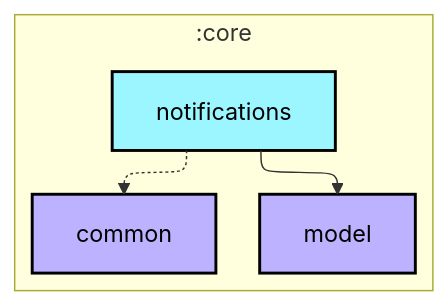
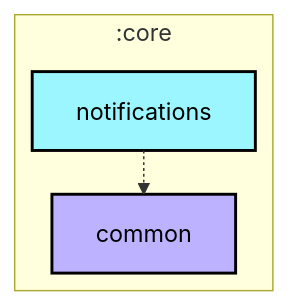
Before and after one commit to weiyuhl/nowinandroidtest: the first of 2 diagrams in core/notifications/README.md, drawn with Mermaid. The commit also changed other lines of this file and 207 other files, not shown here.

````diff
--- a/core/notifications/README.md
+++ b/core/notifications/README.md
@@ -6,25 +6,23 @@
 ```mermaid
 ---
 config:
   layout: elk
   elk:
     nodePlacementStrategy: SIMPLE
 ---
 graph TB
   subgraph :core
     direction TB
     :core:common[common]:::jvm-library
-    :core:model[model]:::jvm-library
     :core:notifications[notifications]:::android-library
   end
 
   :core:notifications -.-> :core:common
-  :core:notifications --> :core:model
 
 classDef android-application fill:#CAFFBF,stroke:#000,stroke-width:2px,color:#000;
-classDef android-feature fill:#FFD6A5,stroke:#000,stroke-width:2px,color:#000;
+classDef android-route fill:#FFD6A5,stroke:#000,stroke-width:2px,color:#000;
 classDef android-library fill:#9BF6FF,stroke:#000,stroke-width:2px,color:#000;
 classDef android-test fill:#A0C4FF,stroke:#000,stroke-width:2px,color:#000;
 classDef jvm-library fill:#BDB2FF,stroke:#000,stroke-width:2px,color:#000;
 classDef unknown fill:#FFADAD,stroke:#000,stroke-width:2px,color:#000;
 ```
````
